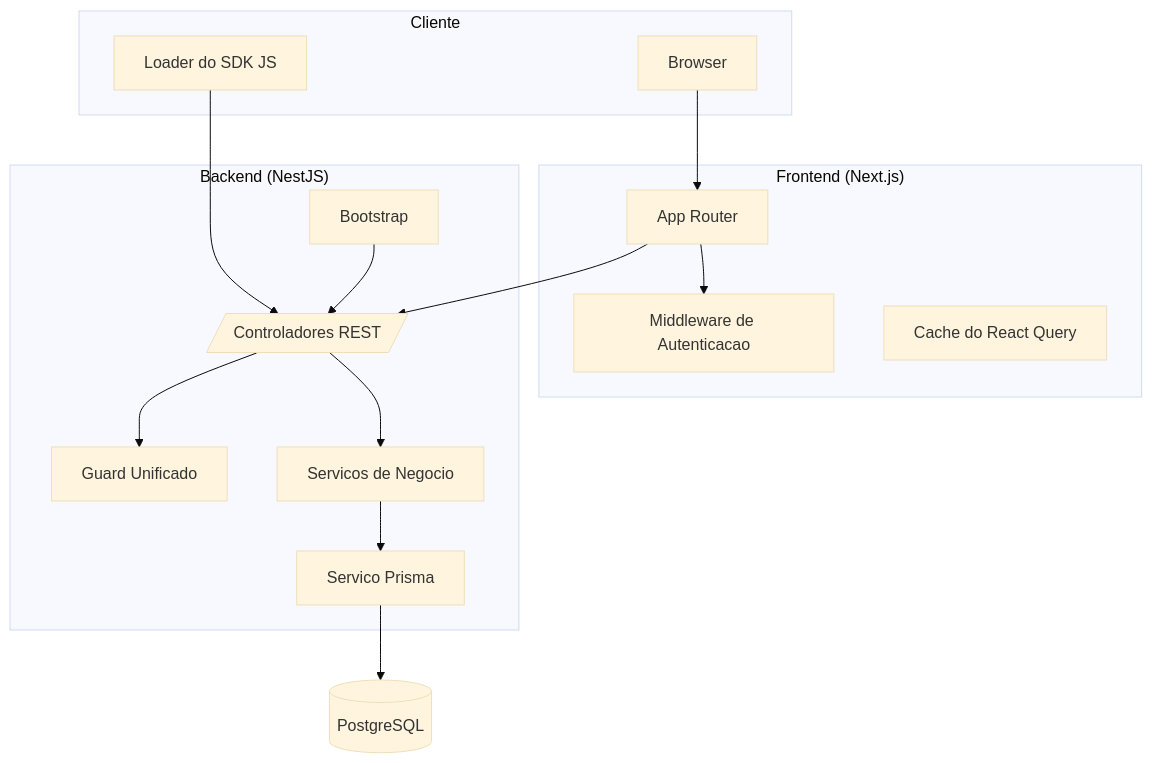
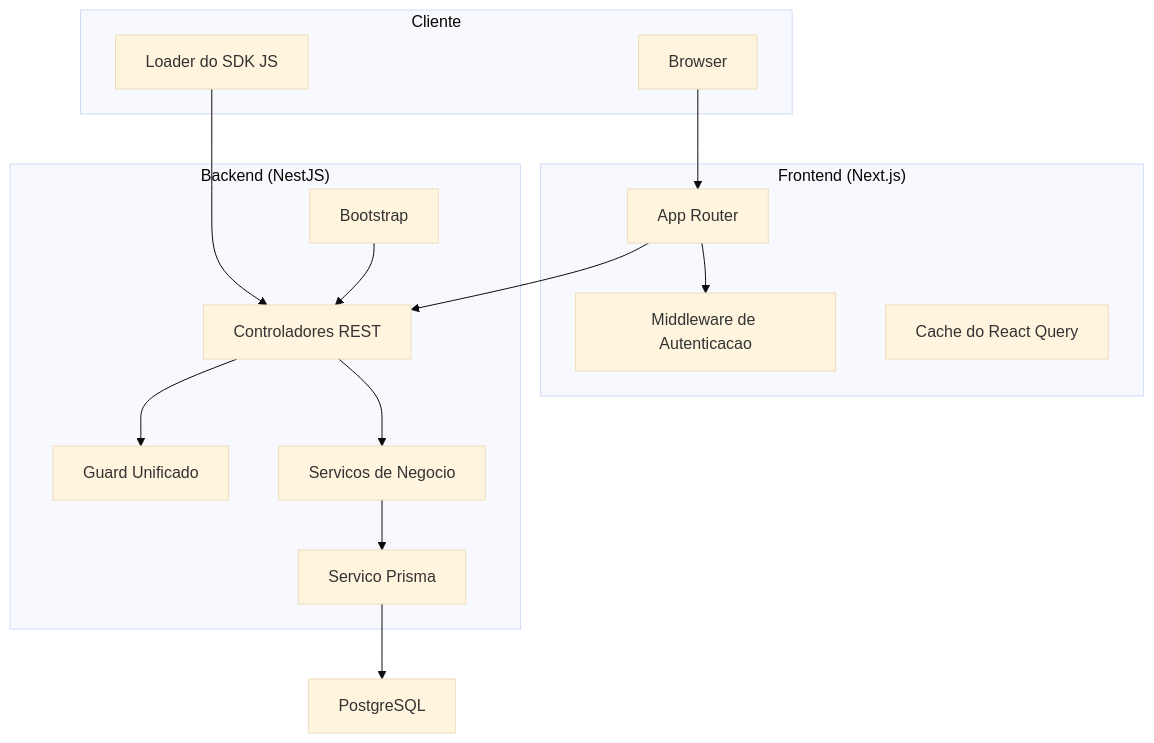
One commit to matheuscastroks/projeto-tfc changed the diagram in ESPECIFICACOES.md. Above: the diagram before and after it, drawn with Mermaid (base theme). The commit also changed 1 other file, not shown here.

Commit message:
fix: improve formatting and consistency in ESPECIFICACOES.md and README.md

````diff
--- a/ESPECIFICACOES.md
+++ b/ESPECIFICACOES.md
@@ -88,29 +88,29 @@
 ```mermaid
 graph TB
   subgraph "Cliente"
     Browser
     SDK[Loader do SDK JS]
   end
   subgraph "Frontend (Next.js)"
     Middleware[Middleware de Autenticacao]
     AppRouter[App Router]
     Query[Cache do React Query]
   end
   subgraph "Backend (NestJS)"
     Main[Bootstrap]
-    Controllers[/Controladores REST/]
+    Controllers[Controladores REST]
     Guards[Guard Unificado]
     Services[Servicos de Negocio]
     Prisma[Servico Prisma]
   end
-  DB[(PostgreSQL)]
+  DB[PostgreSQL]
 
   Browser --> AppRouter
   AppRouter --> Middleware
   AppRouter --> Controllers
   SDK --> Controllers
   Controllers --> Guards
   Controllers --> Services
   Services --> Prisma --> DB
   Main --> Controllers
 ```
````
